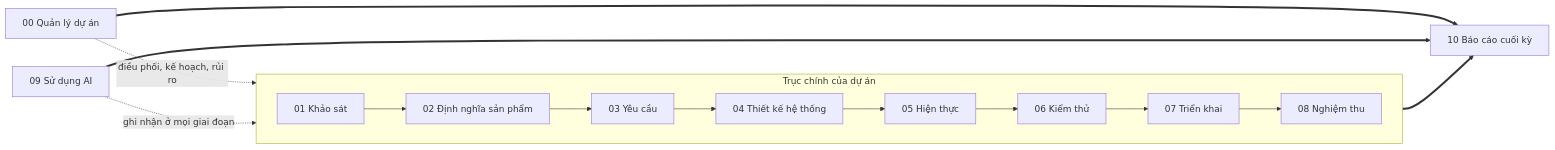
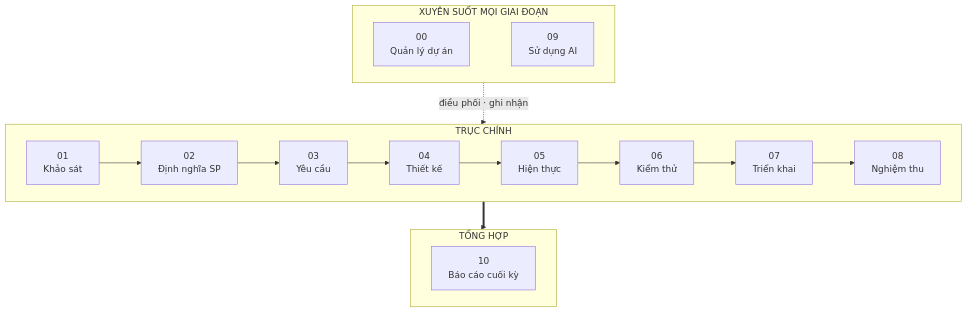
Before and after one commit to mongtrucbay02-sys/Convenience-Store-Management-System: the diagram in docs/README.md, drawn with Mermaid. The commit also changed other lines of this file, not shown here.

````diff
--- a/docs/README.md
+++ b/docs/README.md
@@ -7,13 +7,23 @@
 ```mermaid
-flowchart LR
-    subgraph AXIS["Trục chính của dự án"]
+%%{init: {"flowchart": {"curve": "step", "nodeSpacing": 40, "rankSpacing": 50}}}%%
+flowchart TB
+    subgraph SUP["XUYÊN SUỐT MỌI GIAI ĐOẠN"]
         direction LR
-        S01[01 Khảo sát] --> S02[02 Định nghĩa sản phẩm] --> S03[03 Yêu cầu] --> S04[04 Thiết kế hệ thống]
-        S04 --> S05[05 Hiện thực] --> S06[06 Kiểm thử] --> S07[07 Triển khai] --> S08[08 Nghiệm thu]
+        PM["00<br/>Quản lý dự án"]
+        AI["09<br/>Sử dụng AI"]
+        PM ~~~ AI
     end
-    PM[00 Quản lý dự án] -. điều phối, kế hoạch, rủi ro .-> AXIS
-    AI[09 Sử dụng AI] -. ghi nhận ở mọi giai đoạn .-> AXIS
-    AXIS ==> FR[10 Báo cáo cuối kỳ]
-    PM ==> FR
-    AI ==> FR
+
+    subgraph AXIS["TRỤC CHÍNH"]
+        direction LR
+        S01["01<br/>Khảo sát"] --> S02["02<br/>Định nghĩa SP"] --> S03["03<br/>Yêu cầu"] --> S04["04<br/>Thiết kế"]
+        S04 --> S05["05<br/>Hiện thực"] --> S06["06<br/>Kiểm thử"] --> S07["07<br/>Triển khai"] --> S08["08<br/>Nghiệm thu"]
+    end
+
+    subgraph OUT["TỔNG HỢP"]
+        FR["10<br/>Báo cáo cuối kỳ"]
+    end
+
+    SUP -. điều phối · ghi nhận .-> AXIS
+    AXIS ==> OUT
 ```
````
